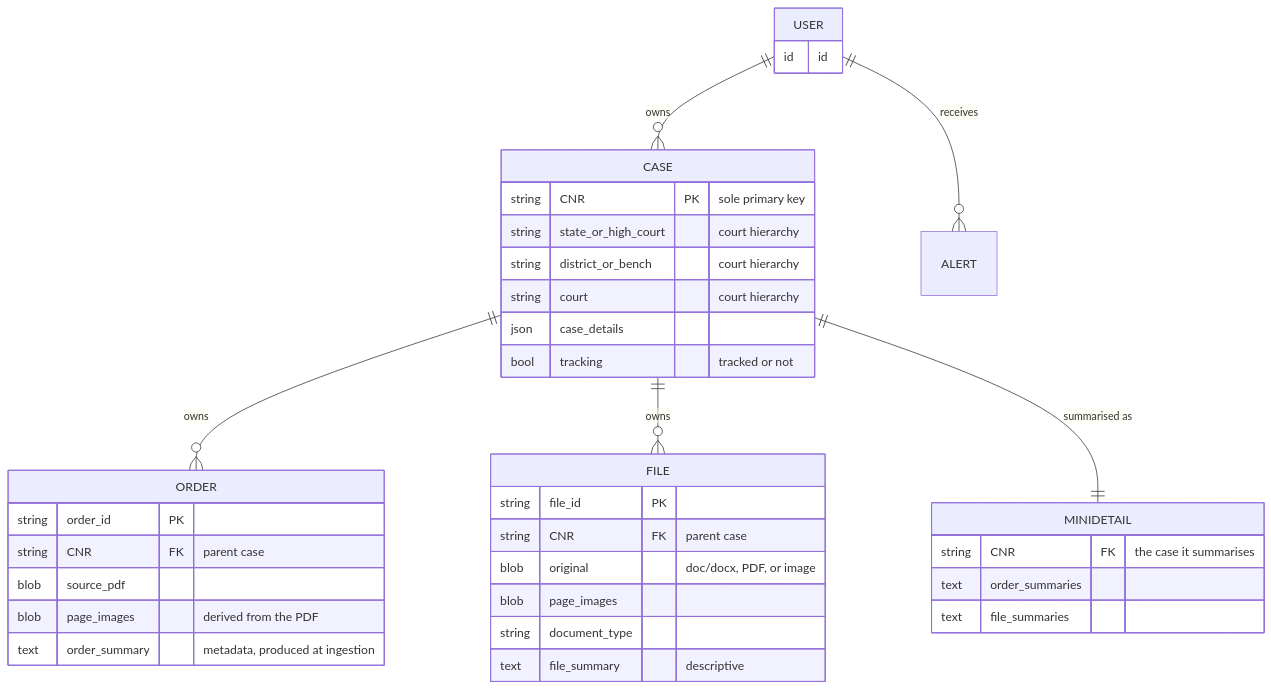
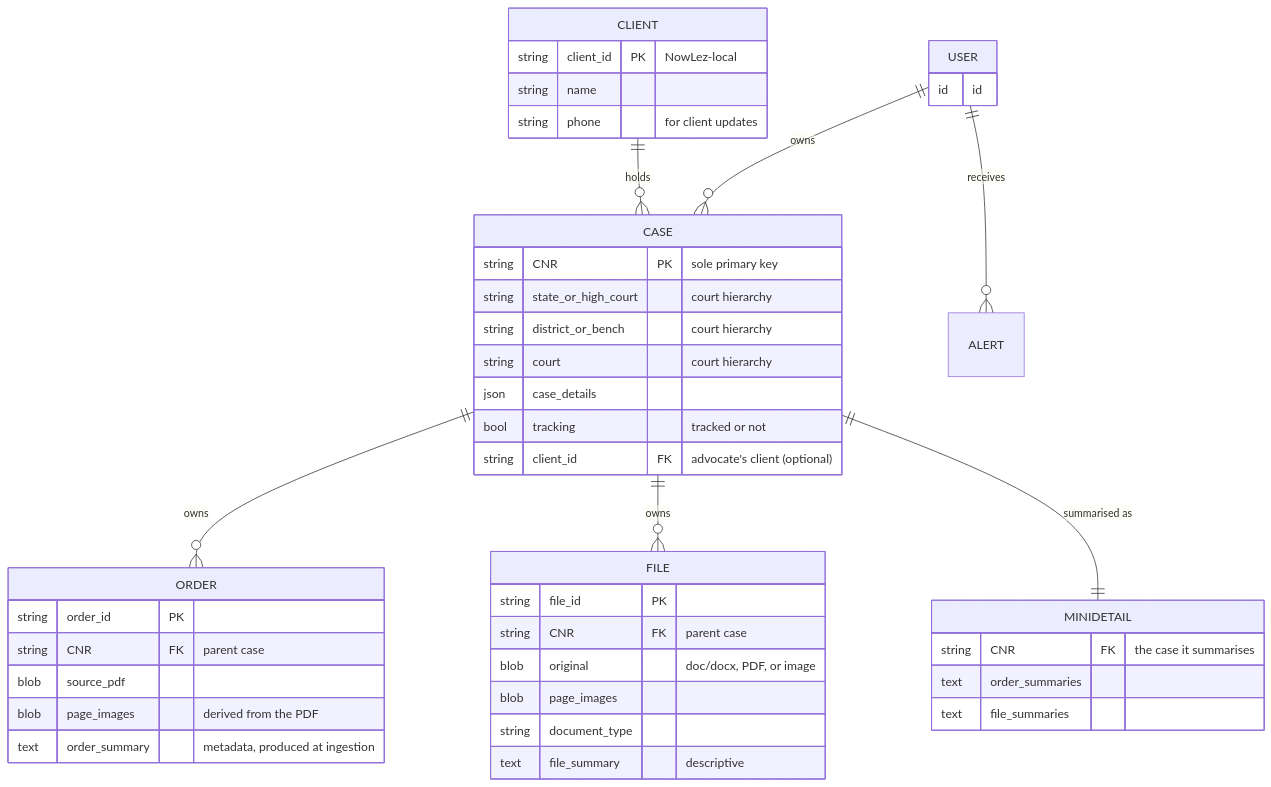
Before and after one commit to Rithik150500/NowlezMunshi: the diagram in docs/data-model.md, drawn with Mermaid. The commit also changed other lines of this file and 12 other files, not shown here.

````diff
--- a/docs/data-model.md
+++ b/docs/data-model.md
@@ -7,40 +7,47 @@
 ```mermaid
 erDiagram
     USER ||--o{ CASE : owns
     USER ||--o{ ALERT : receives
+    CLIENT ||--o{ CASE : holds
     CASE ||--o{ ORDER : owns
     CASE ||--o{ FILE : owns
     CASE ||--|| MINIDETAIL : "summarised as"
 
     USER {
         id id
+    }
+    CLIENT {
+        string client_id PK "NowLez-local"
+        string name
+        string phone "for client updates"
     }
     CASE {
         string CNR PK "sole primary key"
         string state_or_high_court "court hierarchy"
         string district_or_bench "court hierarchy"
         string court "court hierarchy"
         json case_details
         bool tracking "tracked or not"
+        string client_id FK "advocate's client (optional)"
     }
     ORDER {
         string order_id PK
         string CNR FK "parent case"
         blob source_pdf
         blob page_images "derived from the PDF"
         text order_summary "metadata, produced at ingestion"
     }
     FILE {
         string file_id PK
         string CNR FK "parent case"
         blob original "doc/docx, PDF, or image"
         blob page_images
         string document_type
         text file_summary "descriptive"
     }
     MINIDETAIL {
         string CNR FK "the case it summarises"
         text order_summaries
         text file_summaries
     }
 ```
````
